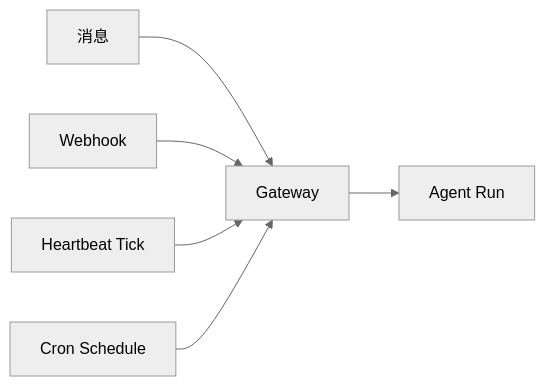
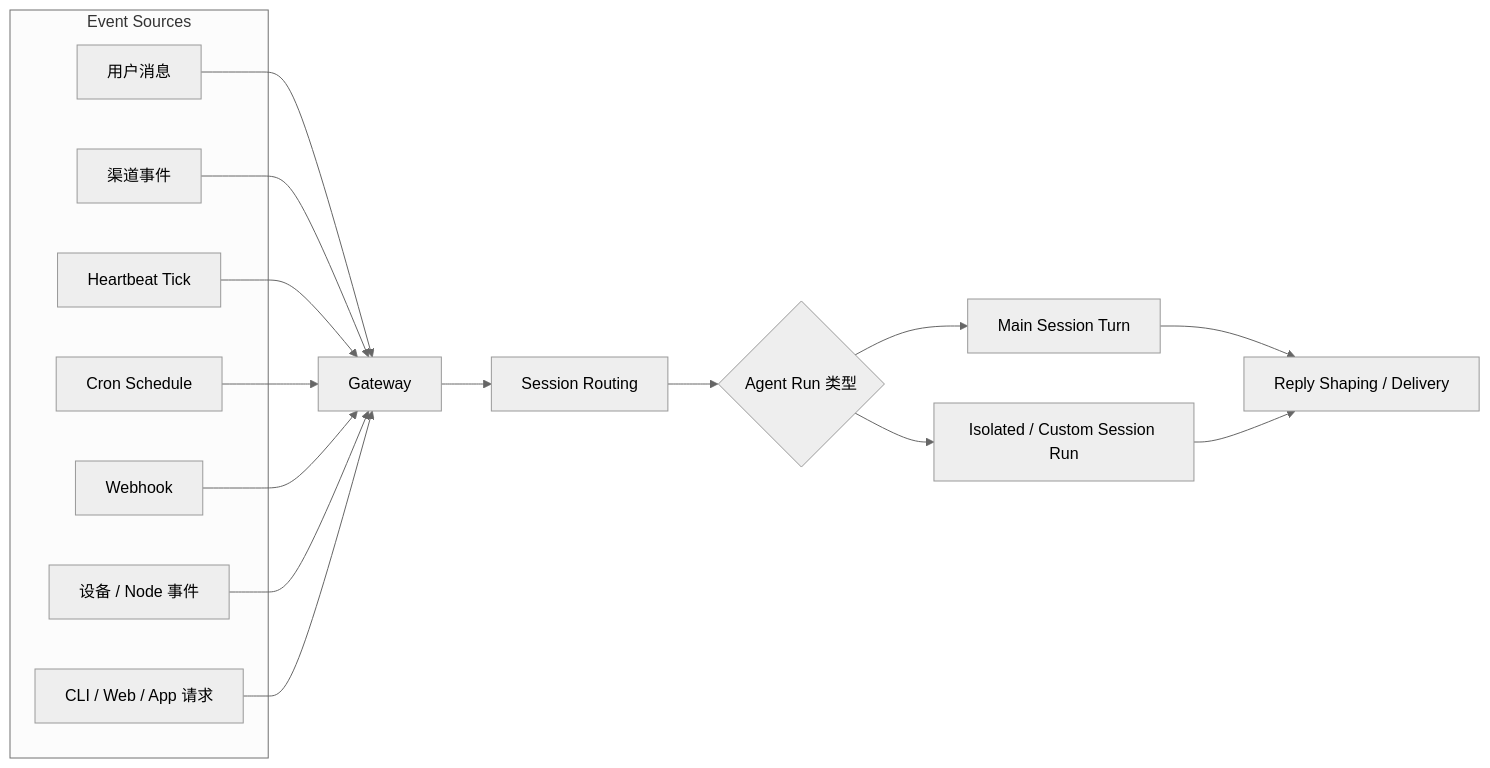
The diagram in docs/guidebook/volume-1-concept-boundary/02-event-sources.md (T0UGH/openclaw-source-reading), drawn with Mermaid (neutral theme) before and after one commit. The commit also changed other lines of this file and 3 other files, not shown here.

````diff
--- a/docs/guidebook/volume-1-concept-boundary/02-event-sources.md
+++ b/docs/guidebook/volume-1-concept-boundary/02-event-sources.md
@@ -24,8 +31,32 @@
 ```mermaid
 flowchart LR
-  Msg[消息] --> GW[Gateway]
-  Webhook[Webhook] --> GW
-  Tick[Heartbeat Tick] --> GW
-  Schedule[Cron Schedule] --> GW
-  GW --> Run[Agent Run]
+  subgraph sources["Event Sources"]
+    User[用户消息]
+    Channel[渠道事件]
+    Heartbeat[Heartbeat Tick]
+    Cron[Cron Schedule]
+    Webhook[Webhook]
+    Node[设备 / Node 事件]
+    UI[CLI / Web / App 请求]
+  end
+
+  GW[Gateway]
+  Route[Session Routing]
+  Run{Agent Run 类型}
+  Main[Main Session Turn]
+  Iso[Isolated / Custom Session Run]
+  Delivery[Reply Shaping / Delivery]
+
+  User --> GW
+  Channel --> GW
+  Heartbeat --> GW
+  Cron --> GW
+  Webhook --> GW
+  Node --> GW
+  UI --> GW
+  GW --> Route --> Run
+  Run --> Main
+  Run --> Iso
+  Main --> Delivery
+  Iso --> Delivery
 ```
````
